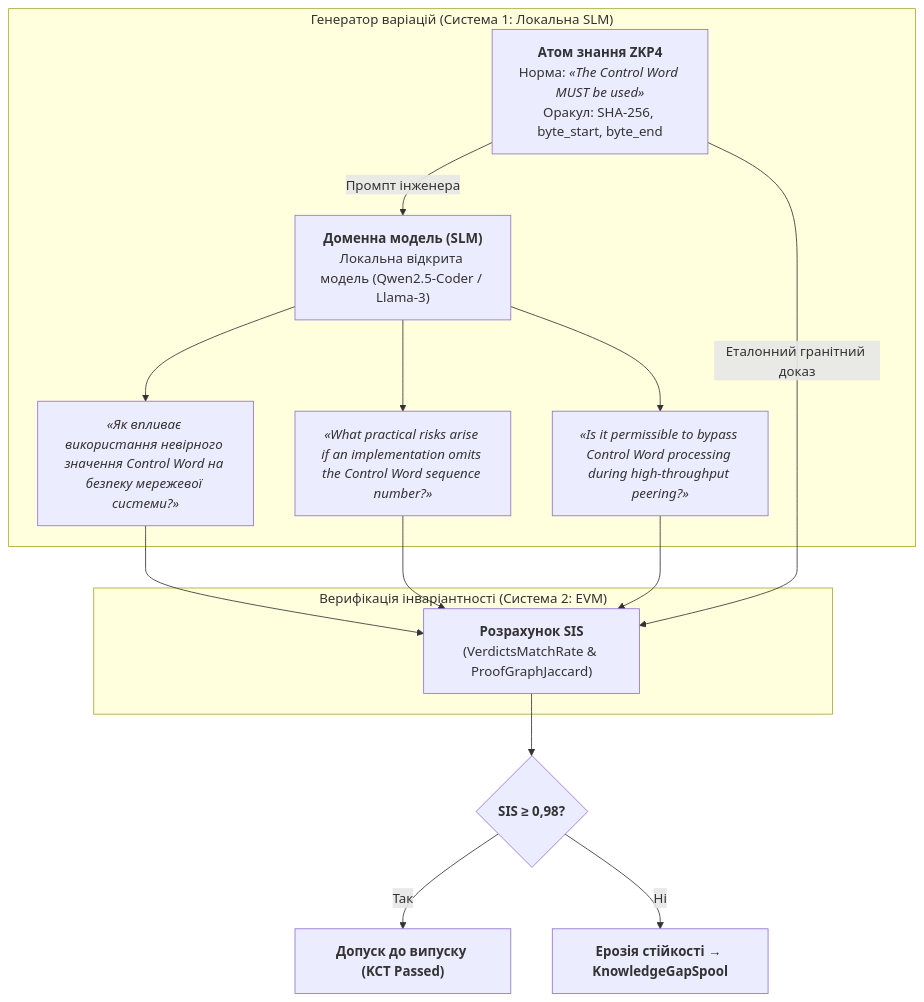
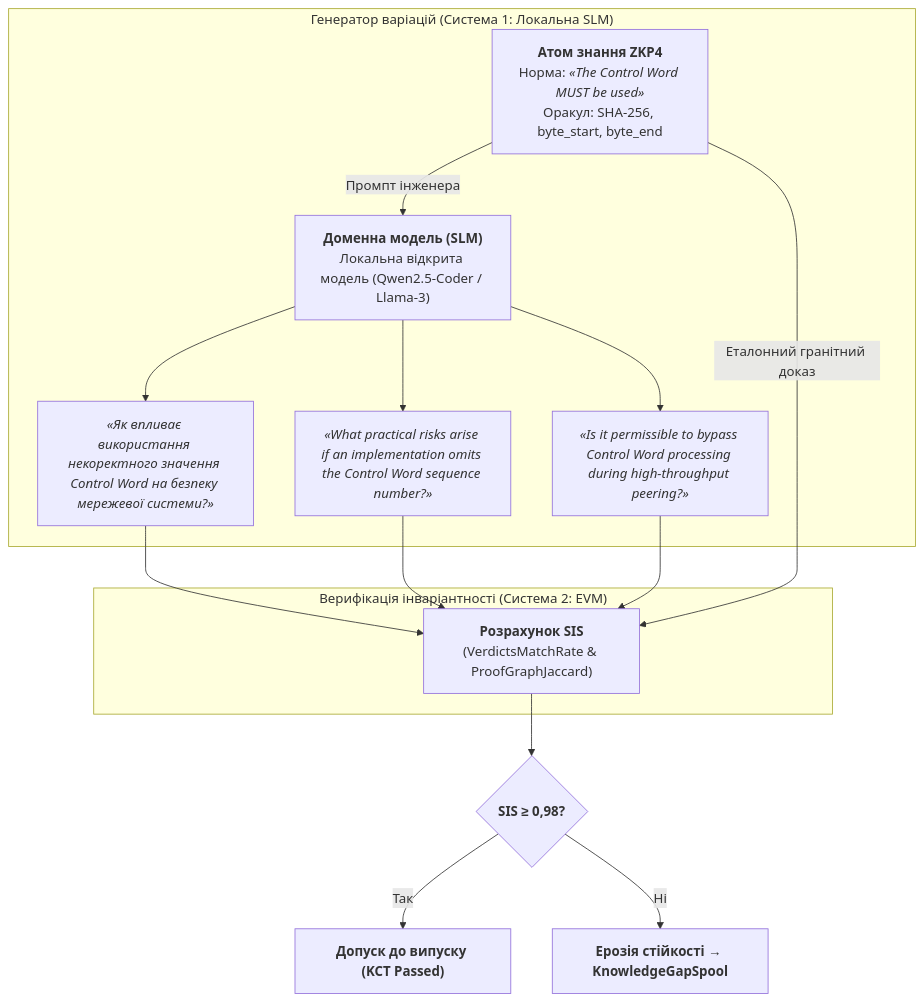
Before and after one commit to nick-fedchik/articles: the sixth of 7 diagrams in ExpertSystem/ch36-knowledge-testing-pyramid-and-variational-calibration.md, drawn with Mermaid. The commit also changed other lines of this file and 2 other files, not shown here.

````diff
--- a/ExpertSystem/ch36-knowledge-testing-pyramid-and-variational-calibration.md
+++ b/ExpertSystem/ch36-knowledge-testing-pyramid-and-variational-calibration.md
@@ -333,25 +333,25 @@
 ```mermaid
 flowchart TD
     accTitle: Нейро-символічна генерація простору збурень SIS
     accDescr: Локальна доменна SLM генерує мовні варіації навколо атома знання для обчислення SIS.
 
     ATOM["<b>Атом знання ZKP4</b><br/>Норма: <i>«The Control Word MUST be used»</i><br/>Оракул: SHA-256, byte_start, byte_end"]
     
     subgraph "Генератор варіацій (Система 1: Локальна SLM)"
         ATOM -->|Промпт інженера| SLM["<b>Доменна модель (SLM)</b><br/>Локальна відкрита модель (Qwen2.5-Coder / Llama-3)"]
-        SLM --> V1["<i>«Як впливає використання невірного значення Control Word на безпеку мережевої системи?»</i>"]
+        SLM --> V1["<i>«Як впливає використання некоректного значення Control Word на безпеку мережевої системи?»</i>"]
         SLM --> V2["<i>«What practical risks arise if an implementation omits the Control Word sequence number?»</i>"]
         SLM --> V3["<i>«Is it permissible to bypass Control Word processing during high-throughput peering?»</i>"]
     end
 
     subgraph "Верифікація інваріантності (Система 2: EVM)"
         V1 --> SIS_CALC["<b>Розрахунок SIS</b><br/>(VerdictsMatchRate & ProofGraphJaccard)"]
         V2 --> SIS_CALC
         V3 --> SIS_CALC
         ATOM -->|Еталонний гранітний доказ| SIS_CALC
     end
 
     SIS_CALC --> VERDICT{"<b>SIS &ge; 0,98?</b>"}
     VERDICT -->|Так| PASS["<b>Допуск до випуску (KCT Passed)</b>"]
     VERDICT -->|Ні| FAIL["<b>Ерозія стійкості &rarr; KnowledgeGapSpool</b>"]
 ```
````
